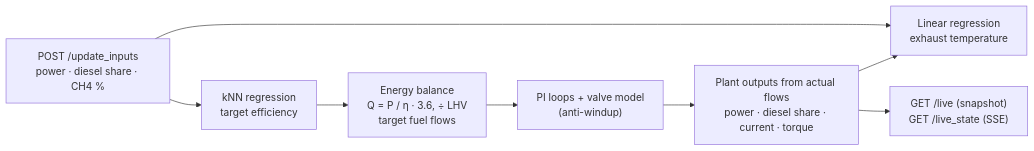
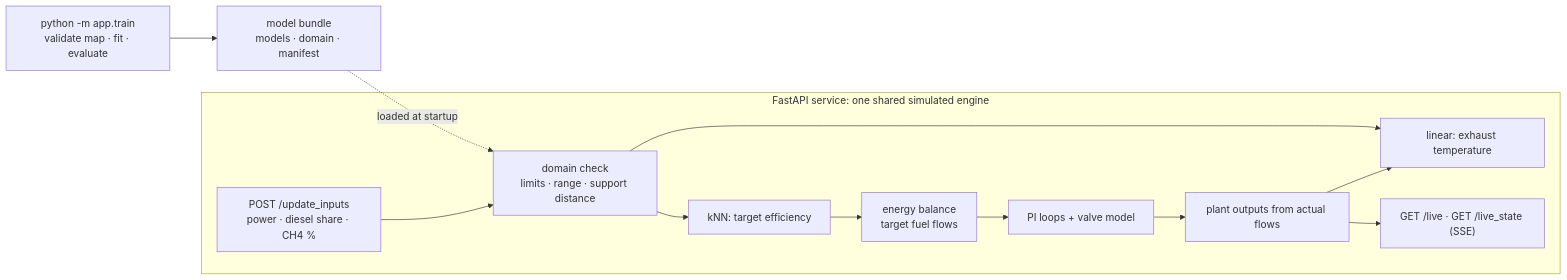
One commit to kivanho/dual-fuel-digital-twin changed the diagram in README.md. Above: the diagram before and after it, drawn with Mermaid. The commit also changed other lines of this file and 8 other files, not shown here.

````diff
--- a/README.md
+++ b/README.md
@@ -31,10 +31,15 @@
 ```mermaid
 flowchart LR
-    IN["POST /update_inputs<br/>power · diesel share · CH4 %"] --> KNN["kNN regression<br/>target efficiency"]
-    IN --> LR["Linear regression<br/>exhaust temperature"]
-    KNN --> EB["Energy balance<br/>Q = P / η · 3.6, ÷ LHV<br/>target fuel flows"]
-    EB --> PI["PI loops + valve model<br/>(anti-windup)"]
-    PI --> PLANT["Plant outputs from actual flows<br/>power · diesel share · current · torque"]
-    PLANT --> LR
-    PLANT --> OUT["GET /live (snapshot)<br/>GET /live_state (SSE)"]
+    TRAIN["python -m app.train<br/>validate map · fit · evaluate"] --> BUNDLE["model bundle<br/>models · domain · manifest"]
+    BUNDLE -. loaded at startup .-> DOM
+    subgraph SVC["FastAPI service: one shared simulated engine"]
+        IN["POST /update_inputs<br/>power · diesel share · CH4 %"] --> DOM["domain check<br/>limits · range · support distance"]
+        DOM --> KNN["kNN: target efficiency"]
+        DOM --> LR["linear: exhaust temperature"]
+        KNN --> EB["energy balance<br/>target fuel flows"]
+        EB --> PI["PI loops + valve model"]
+        PI --> PLANT["plant outputs from actual flows"]
+        PLANT --> LR
+        PLANT --> OUT["GET /live · GET /live_state (SSE)"]
+    end
 ```
````
